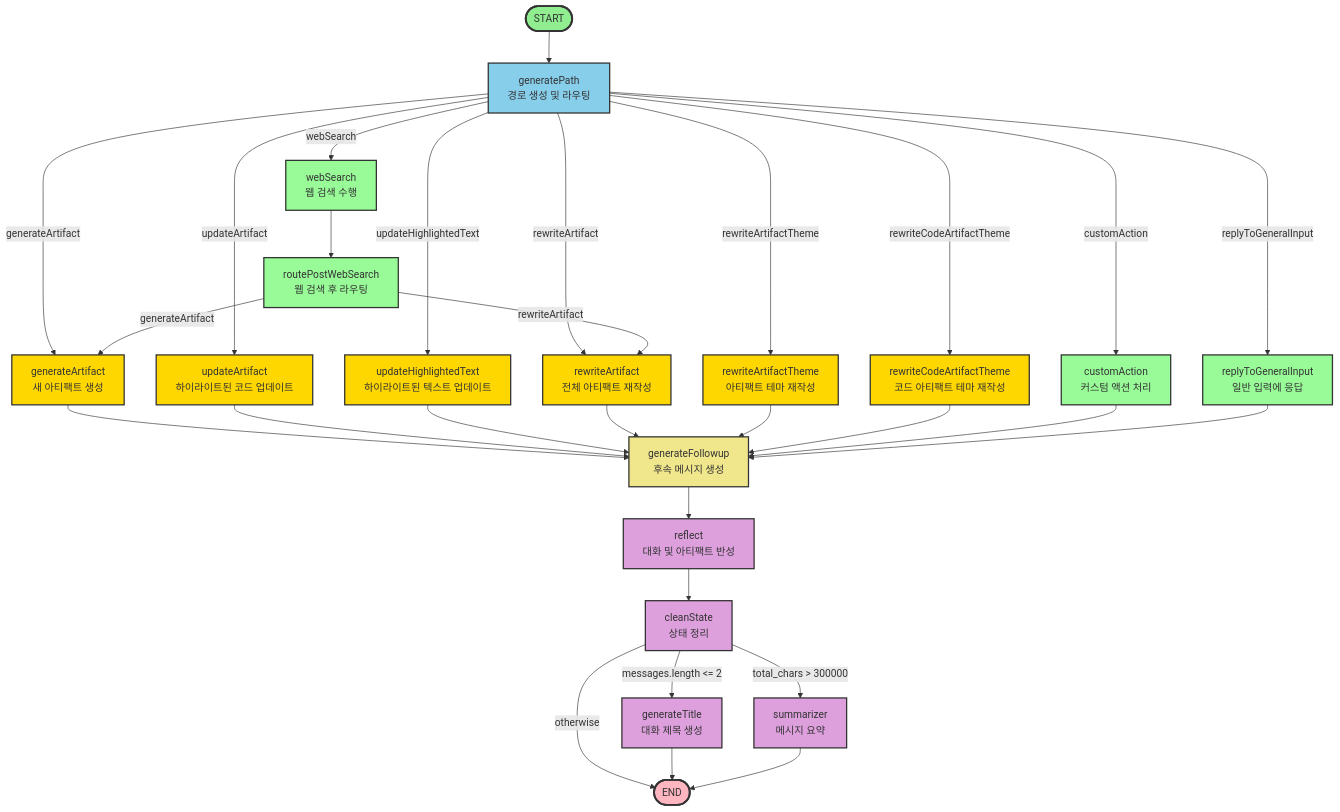
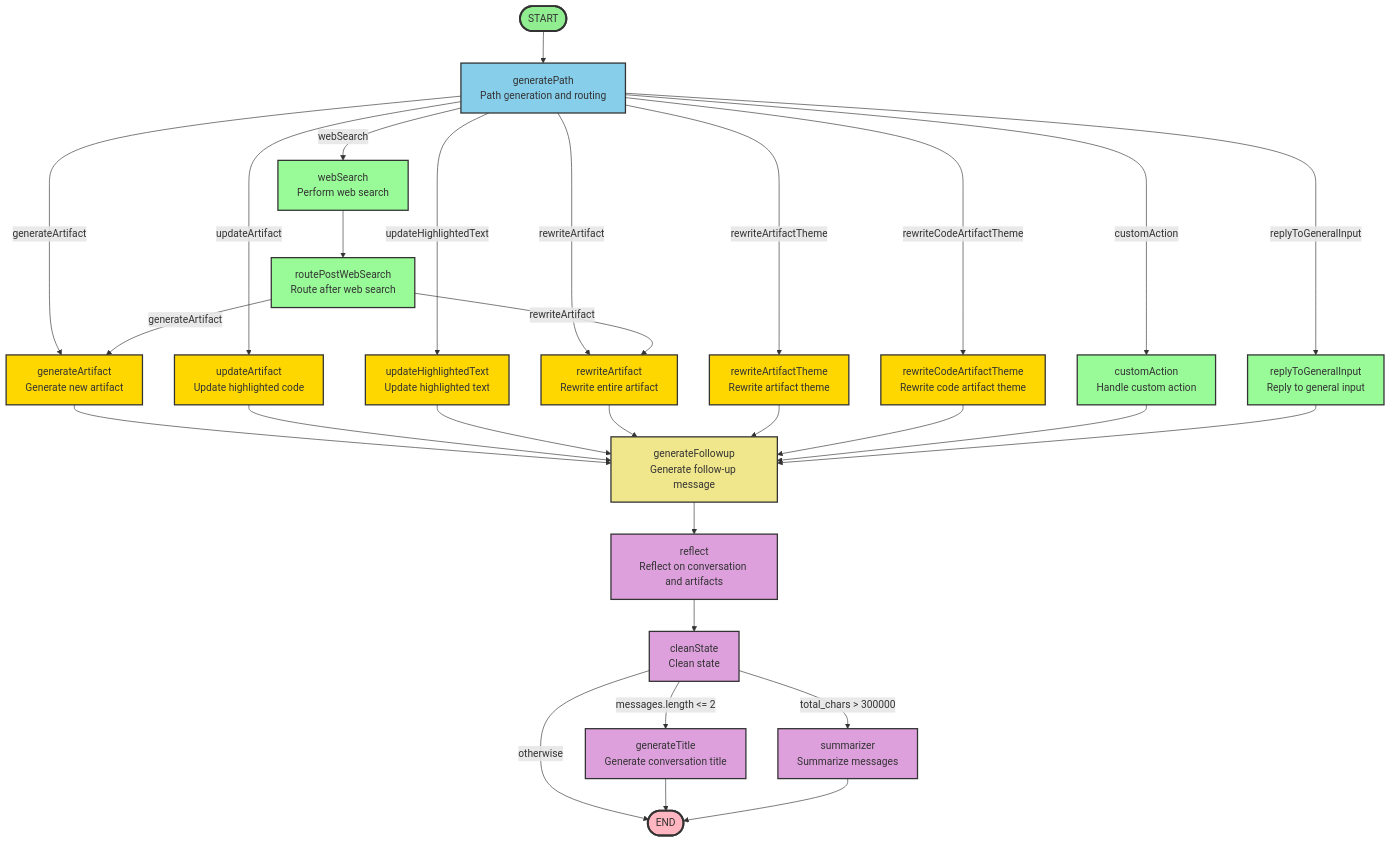
One commit to hi-space/open-canvas-bedrock changed the first of 5 diagrams in apps/agents/open_canvas/README.md. Above: the diagram before and after it, drawn with Mermaid. The commit also changed other lines of this file and 18 other files, not shown here.

````diff
--- a/apps/agents/open_canvas/README.md
+++ b/apps/agents/open_canvas/README.md
@@ -7,56 +7,56 @@
 ```mermaid
 graph TD
-    START([START]) --> generatePath[generatePath<br/>경로 생성 및 라우팅]
+    START([START]) --> generatePath[generatePath<br/>Path generation and routing]
     
-    generatePath -->|updateArtifact| updateArtifact[updateArtifact<br/>하이라이트된 코드 업데이트]
-    generatePath -->|rewriteArtifactTheme| rewriteArtifactTheme[rewriteArtifactTheme<br/>아티팩트 테마 재작성]
-    generatePath -->|rewriteCodeArtifactTheme| rewriteCodeArtifactTheme[rewriteCodeArtifactTheme<br/>코드 아티팩트 테마 재작성]
-    generatePath -->|replyToGeneralInput| replyToGeneralInput[replyToGeneralInput<br/>일반 입력에 응답]
-    generatePath -->|generateArtifact| generateArtifact[generateArtifact<br/>새 아티팩트 생성]
-    generatePath -->|rewriteArtifact| rewriteArtifact[rewriteArtifact<br/>전체 아티팩트 재작성]
-    generatePath -->|customAction| customAction[customAction<br/>커스텀 액션 처리]
-    generatePath -->|updateHighlightedText| updateHighlightedText[updateHighlightedText<br/>하이라이트된 텍스트 업데이트]
-    generatePath -->|webSearch| webSearch[webSearch<br/>웹 검색 수행]
+    generatePath -->|updateArtifact| updateArtifact[updateArtifact<br/>Update highlighted code]
+    generatePath -->|rewriteArtifactTheme| rewriteArtifactTheme[rewriteArtifactTheme<br/>Rewrite artifact theme]
+    generatePath -->|rewriteCodeArtifactTheme| rewriteCodeArtifactTheme[rewriteCodeArtifactTheme<br/>Rewrite code artifact theme]
+    generatePath -->|replyToGeneralInput| replyToGeneralInput[replyToGeneralInput<br/>Reply to general input]
+    generatePath -->|generateArtifact| generateArtifact[generateArtifact<br/>Generate new artifact]
+    generatePath -->|rewriteArtifact| rewriteArtifact[rewriteArtifact<br/>Rewrite entire artifact]
+    generatePath -->|customAction| customAction[customAction<br/>Handle custom action]
+    generatePath -->|updateHighlightedText| updateHighlightedText[updateHighlightedText<br/>Update highlighted text]
+    generatePath -->|webSearch| webSearch[webSearch<br/>Perform web search]
     
-    webSearch --> routePostWebSearch[routePostWebSearch<br/>웹 검색 후 라우팅]
+    webSearch --> routePostWebSearch[routePostWebSearch<br/>Route after web search]
     routePostWebSearch -->|generateArtifact| generateArtifact
     routePostWebSearch -->|rewriteArtifact| rewriteArtifact
     
-    generateArtifact --> generateFollowup[generateFollowup<br/>후속 메시지 생성]
+    generateArtifact --> generateFollowup[generateFollowup<br/>Generate follow-up message]
     updateArtifact --> generateFollowup
     updateHighlightedText --> generateFollowup
     rewriteArtifact --> generateFollowup
     rewriteArtifactTheme --> generateFollowup
     rewriteCodeArtifactTheme --> generateFollowup
     customAction --> generateFollowup
     replyToGeneralInput --> generateFollowup
     
-    generateFollowup --> reflect[reflect<br/>대화 및 아티팩트 반성]
-    reflect --> cleanState[cleanState<br/>상태 정리]
+    generateFollowup --> reflect[reflect<br/>Reflect on conversation and artifacts]
+    reflect --> cleanState[cleanState<br/>Clean state]
     
-    cleanState -->|messages.length <= 2| generateTitle[generateTitle<br/>대화 제목 생성]
-    cleanState -->|total_chars > 300000| summarizer[summarizer<br/>메시지 요약]
+    cleanState -->|messages.length <= 2| generateTitle[generateTitle<br/>Generate conversation title]
+    cleanState -->|total_chars > 300000| summarizer[summarizer<br/>Summarize messages]
     cleanState -->|otherwise| END([END])
     
     generateTitle --> END
     summarizer --> END
     
     style START fill:#90EE90,stroke:#333,stroke-width:3px
     style END fill:#FFB6C1,stroke:#333,stroke-width:3px
     style generatePath fill:#87CEEB,stroke:#333,stroke-width:2px
     style generateArtifact fill:#FFD700,stroke:#333,stroke-width:2px
     style rewriteArtifact fill:#FFD700,stroke:#333,stroke-width:2px
     style updateArtifact fill:#FFD700,stroke:#333,stroke-width:2px
     style updateHighlightedText fill:#FFD700,stroke:#333,stroke-width:2px
     style rewriteArtifactTheme fill:#FFD700,stroke:#333,stroke-width:2px
     style rewriteCodeArtifactTheme fill:#FFD700,stroke:#333,stroke-width:2px
     style webSearch fill:#98FB98,stroke:#333,stroke-width:2px
     style routePostWebSearch fill:#98FB98,stroke:#333,stroke-width:2px
     style customAction fill:#98FB98,stroke:#333,stroke-width:2px
     style replyToGeneralInput fill:#98FB98,stroke:#333,stroke-width:2px
     style reflect fill:#DDA0DD,stroke:#333,stroke-width:2px
     style generateFollowup fill:#F0E68C,stroke:#333,stroke-width:2px
     style cleanState fill:#DDA0DD,stroke:#333,stroke-width:2px
     style generateTitle fill:#DDA0DD,stroke:#333,stroke-width:2px
     style summarizer fill:#DDA0DD,stroke:#333,stroke-width:2px
 ```
````
